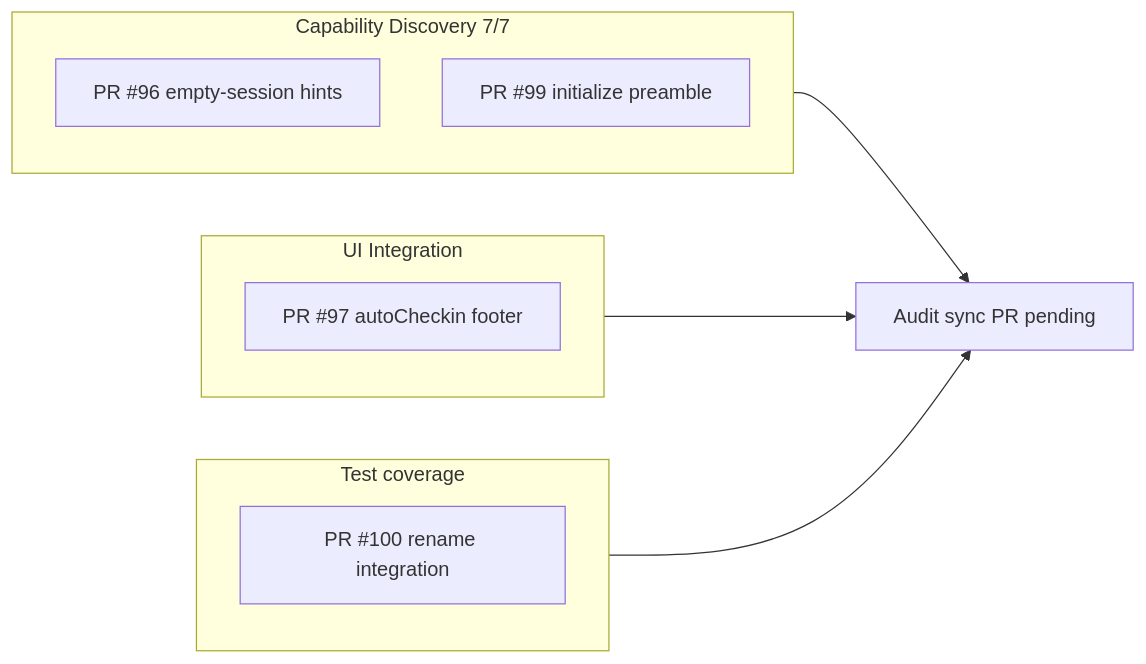
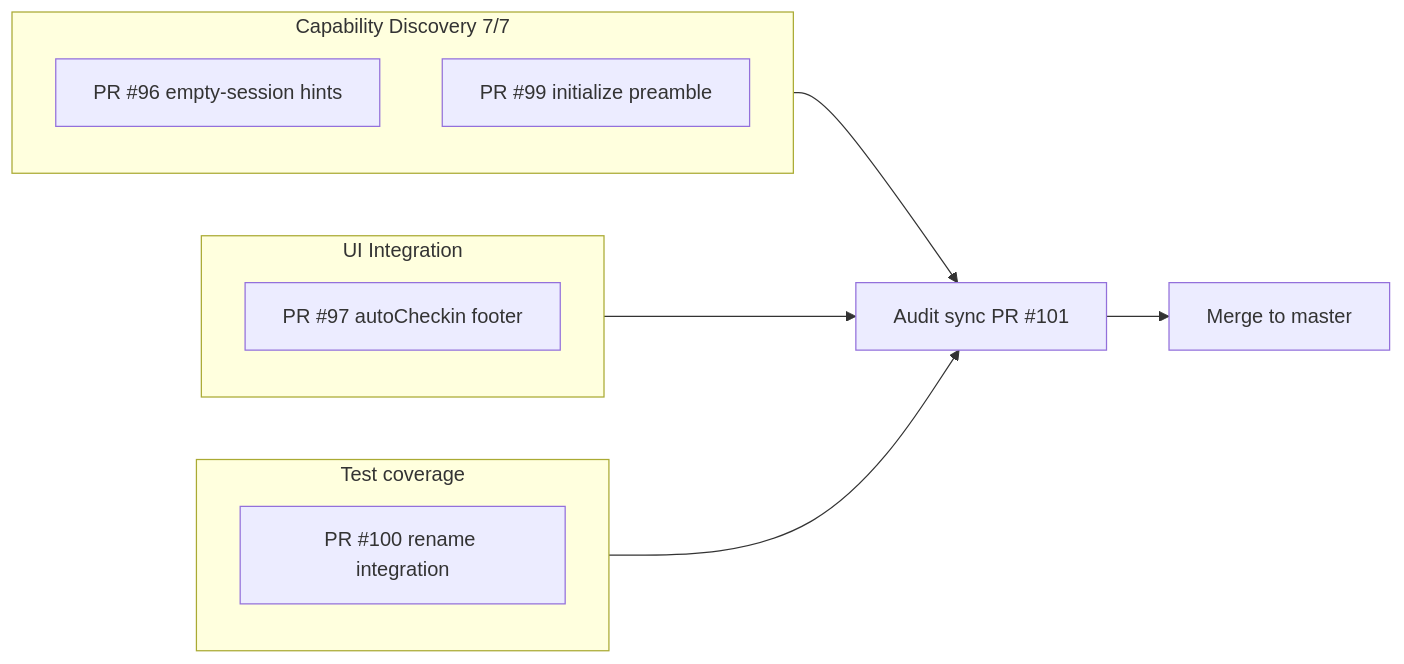
One commit to bodecloud/AgentDecompile changed the diagram in docs/solutions/architecture-patterns/agent-native-discovery-arc.md. Above: the diagram before and after it, drawn with Mermaid. The commit also changed other lines of this file and 3 other files, not shown here.

Commit message:
docs: discovery arc audit sync closeout and merge order

````diff
--- a/docs/solutions/architecture-patterns/agent-native-discovery-arc.md
+++ b/docs/solutions/architecture-patterns/agent-native-discovery-arc.md
@@ -32,16 +32,17 @@
 ```mermaid
 flowchart LR
   subgraph discovery [Capability Discovery 7/7]
     A[PR #96 empty-session hints]
     B[PR #99 initialize preamble]
   end
   subgraph ui [UI Integration]
     C[PR #97 autoCheckin footer]
   end
   subgraph test [Test coverage]
     D[PR #100 rename integration]
   end
-  discovery --> E[Audit sync PR pending]
+  discovery --> E[Audit sync PR #101]
   ui --> E
   test --> E
+  E --> F[Merge to master]
 ```
````
